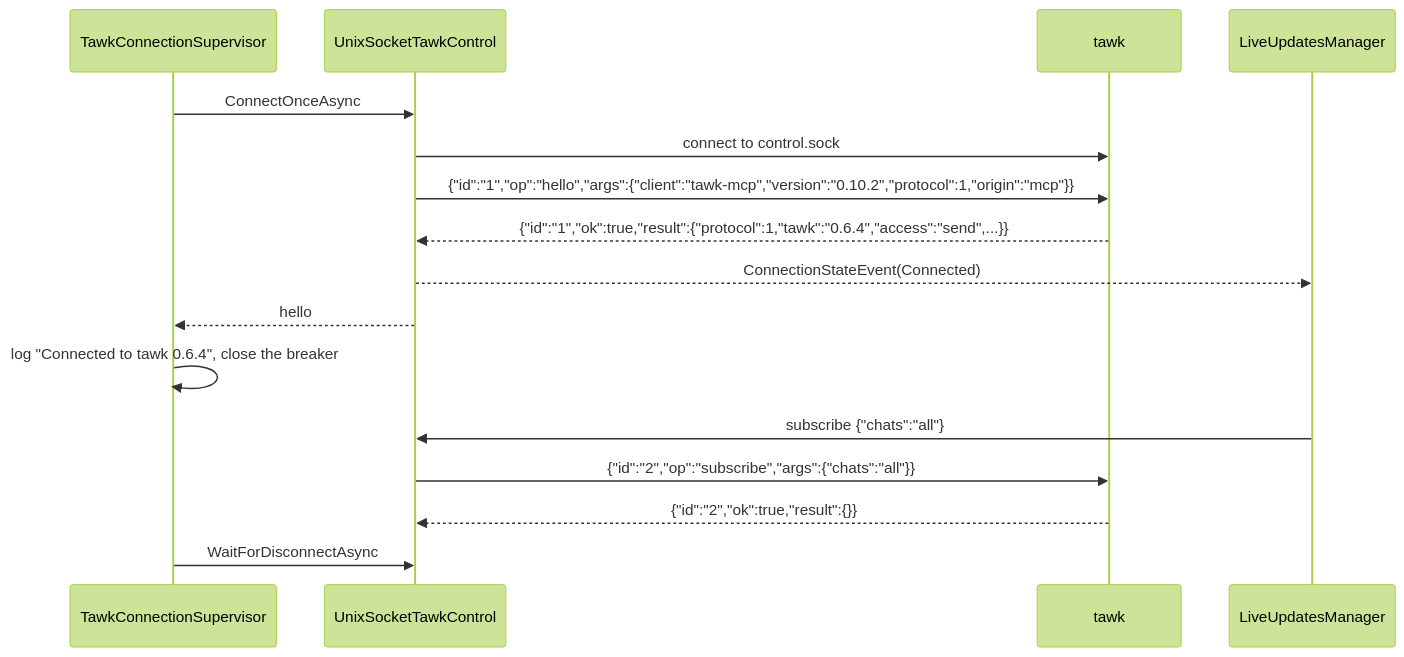
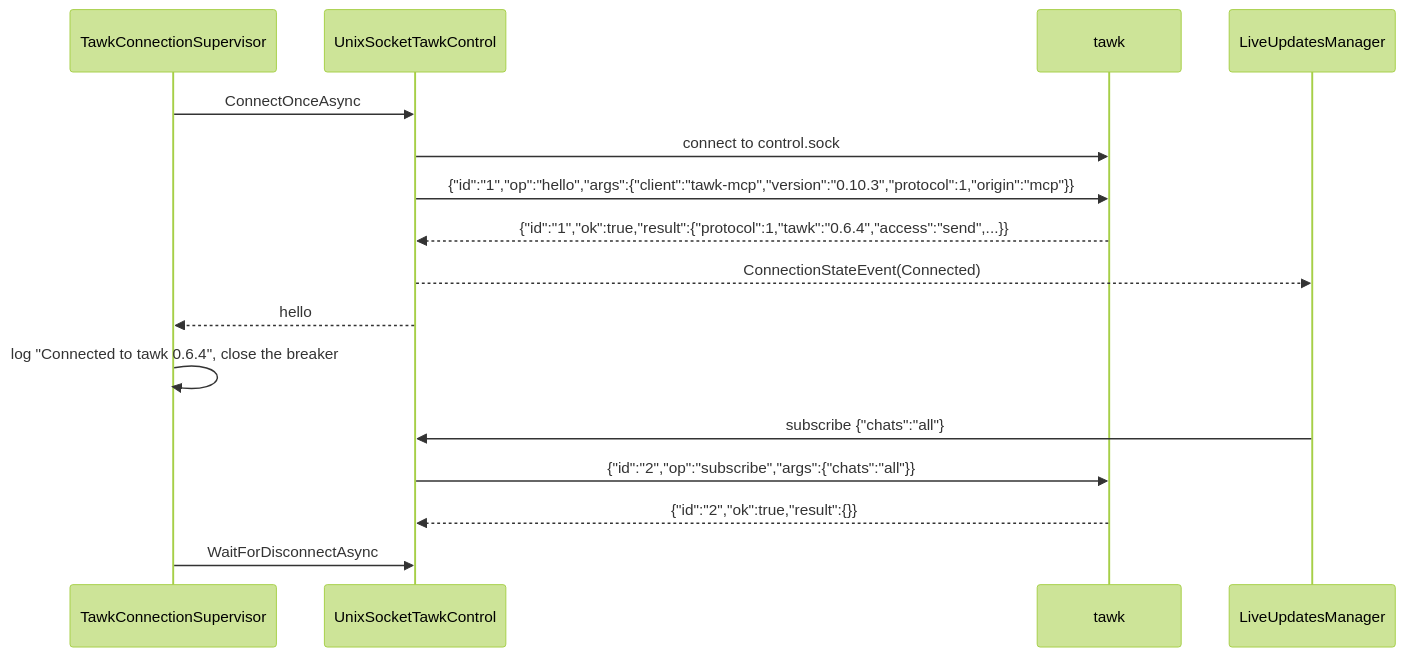
The first of 14 diagrams in HOW_IT_WORKS.md (loganventer/Corvus.Mcp.Server.Tawk), drawn with Mermaid (forest theme) before and after one commit. The commit also changed 8 other files, not shown here.

````diff
--- a/HOW_IT_WORKS.md
+++ b/HOW_IT_WORKS.md
@@ -31,19 +31,19 @@
 ```mermaid
 sequenceDiagram
     participant S as TawkConnectionSupervisor
     participant C as UnixSocketTawkControl
     participant T as tawk
     participant L as LiveUpdatesManager
 
     S->>C: ConnectOnceAsync
     C->>T: connect to control.sock
-    C->>T: {"id":"1","op":"hello","args":{"client":"tawk-mcp","version":"0.10.2","protocol":1,"origin":"mcp"}}
+    C->>T: {"id":"1","op":"hello","args":{"client":"tawk-mcp","version":"0.10.3","protocol":1,"origin":"mcp"}}
     T-->>C: {"id":"1","ok":true,"result":{"protocol":1,"tawk":"0.6.4","access":"send",...}}
     C-->>L: ConnectionStateEvent(Connected)
     C-->>S: hello
     S->>S: log "Connected to tawk 0.6.4", close the breaker
     L->>C: subscribe {"chats":"all"}
     C->>T: {"id":"2","op":"subscribe","args":{"chats":"all"}}
     T-->>C: {"id":"2","ok":true,"result":{}}
     S->>C: WaitForDisconnectAsync
 ```
````
